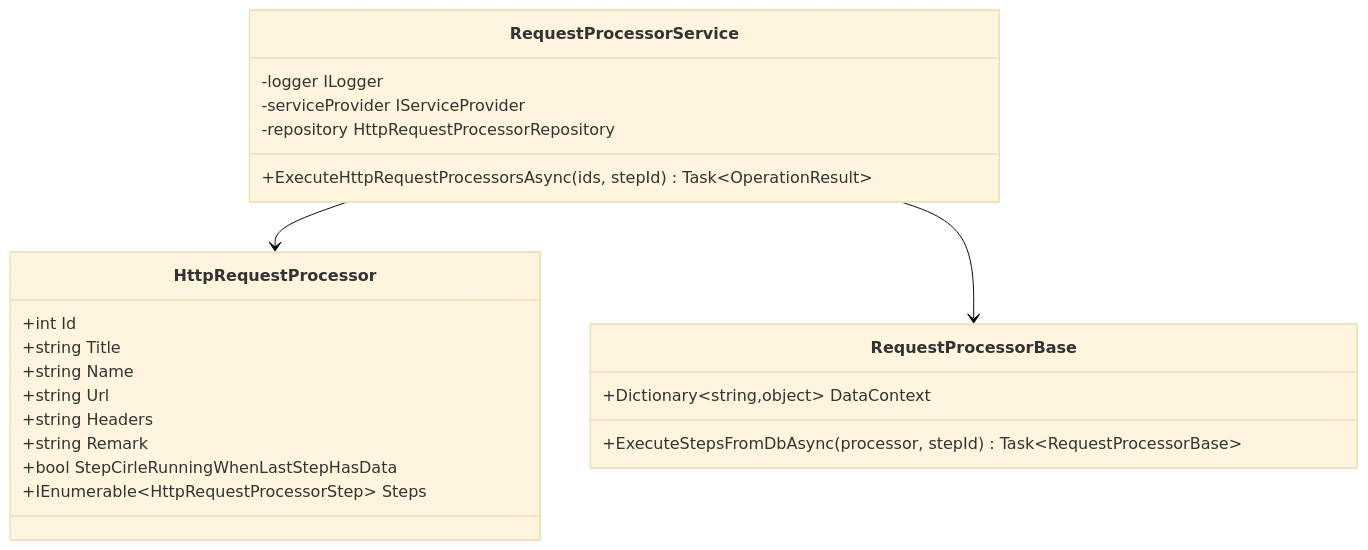
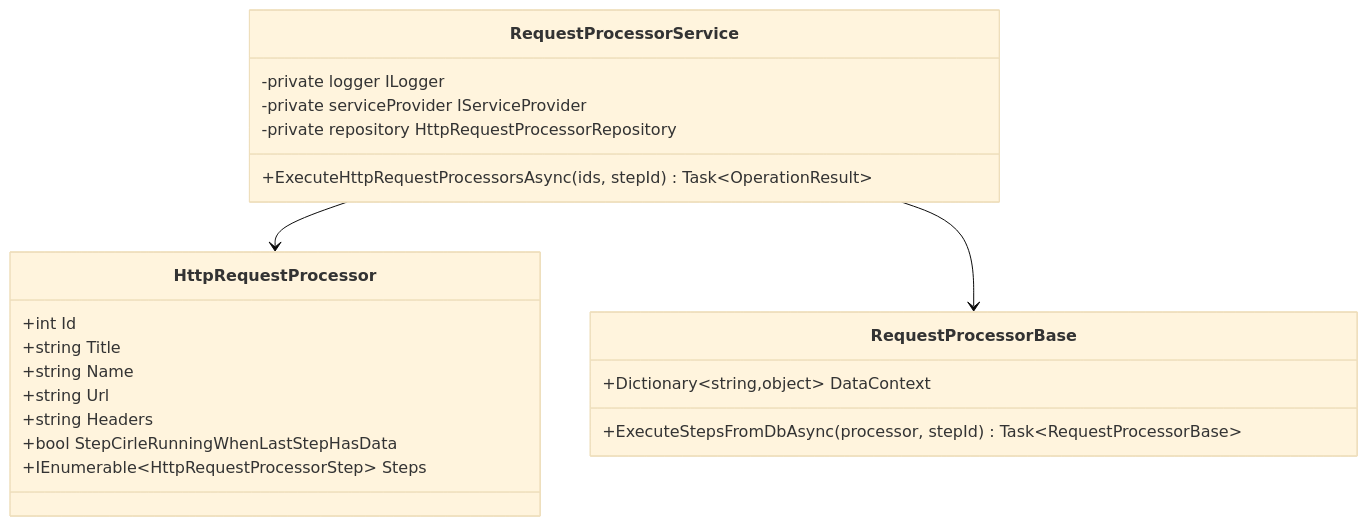
Before and after one commit to Sosososolong/AirGo: the seventh of 8 diagrams in .qoder/repowiki/zh/content/工具库详解/HTTP 请求管道基础设施.md, drawn with Mermaid (base theme). The commit also changed other lines of this file and 7 other files, not shown here.

````diff
--- a/.qoder/repowiki/zh/content/工具库详解/HTTP 请求管道基础设施.md
+++ b/.qoder/repowiki/zh/content/工具库详解/HTTP 请求管道基础设施.md
@@ -262,25 +322,24 @@
 ```mermaid
 classDiagram
 class RequestProcessorService {
--logger ILogger
--serviceProvider IServiceProvider
--repository HttpRequestProcessorRepository
+-private logger ILogger
+-private serviceProvider IServiceProvider
+-private repository HttpRequestProcessorRepository
 +ExecuteHttpRequestProcessorsAsync(ids, stepId) Task~OperationResult~
 }
 class HttpRequestProcessor {
 +int Id
 +string Title
 +string Name
 +string Url
 +string Headers
-+string Remark
 +bool StepCirleRunningWhenLastStepHasData
 +IEnumerable~HttpRequestProcessorStep~ Steps
 }
 class RequestProcessorBase {
 +Dictionary~string,object~ DataContext
 +ExecuteStepsFromDbAsync(processor, stepId) Task~RequestProcessorBase~
 }
 RequestProcessorService --> HttpRequestProcessor
 RequestProcessorService --> RequestProcessorBase
 ```
````
